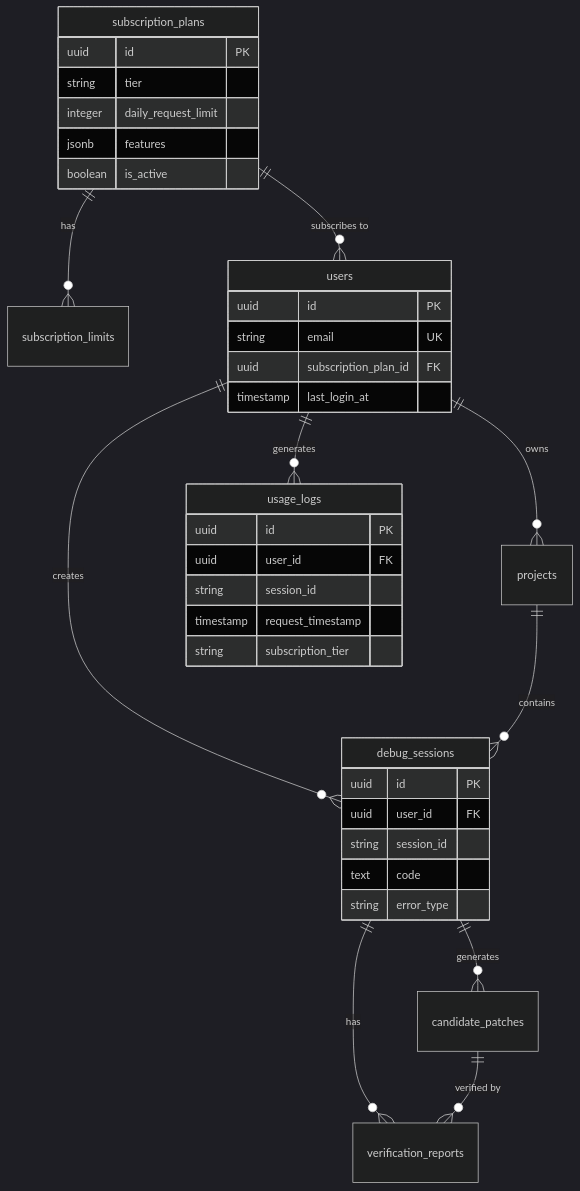
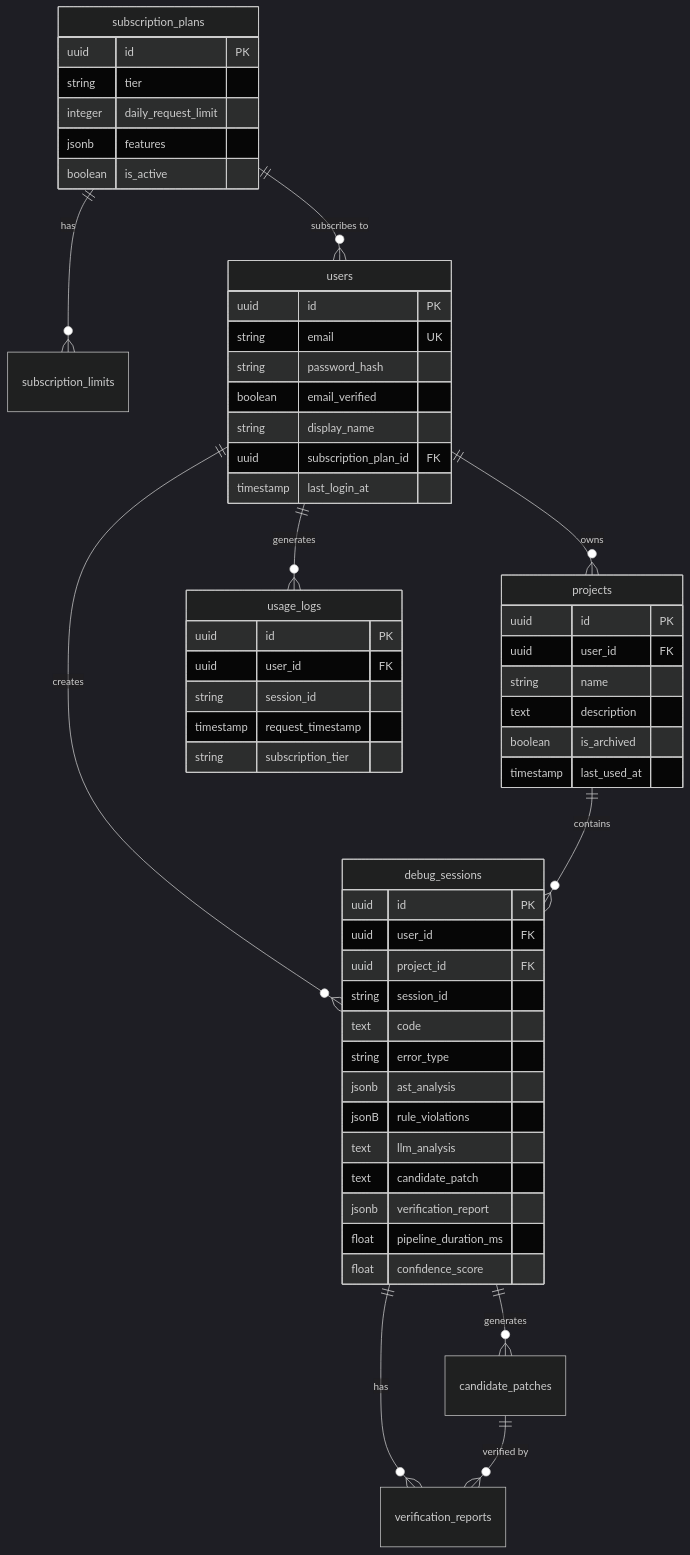
Before and after one commit to joshi-chinmay-016/NeuroDebug: the second of 4 diagrams in README.md, drawn with Mermaid (dark theme). The commit also changed other lines of this file and 67 other files, not shown here.

````diff
--- a/README.md
+++ b/README.md
@@ -110,43 +132,63 @@
 ```mermaid
 erDiagram
     subscription_plans ||--o{ subscription_limits : "has"
     subscription_plans ||--o{ users : "subscribes to"
     users ||--o{ projects : "owns"
     users ||--o{ usage_logs : "generates"
     users ||--o{ debug_sessions : "creates"
     projects ||--o{ debug_sessions : "contains"
     debug_sessions ||--o{ candidate_patches : "generates"
     debug_sessions ||--o{ verification_reports : "has"
     candidate_patches ||--o{ verification_reports : "verified by"
 
     subscription_plans {
         uuid id PK
         string tier
         integer daily_request_limit
         jsonb features
         boolean is_active
     }
 
     users {
         uuid id PK
         string email UK
+        string password_hash
+        boolean email_verified
+        string display_name
         uuid subscription_plan_id FK
         timestamp last_login_at
+    }
+
+    projects {
+        uuid id PK
+        uuid user_id FK
+        string name
+        text description
+        boolean is_archived
+        timestamp last_used_at
     }
 
     debug_sessions {
         uuid id PK
         uuid user_id FK
+        uuid project_id FK
         string session_id
         text code
         string error_type
+        jsonb ast_analysis
+        jsonB rule_violations
+        text llm_analysis
+        text candidate_patch
+        jsonb verification_report
+        float pipeline_duration_ms
+        float confidence_score
     }
 
     usage_logs {
         uuid id PK
         uuid user_id FK
         string session_id
         timestamp request_timestamp
         string subscription_tier
     }
 ```
````
